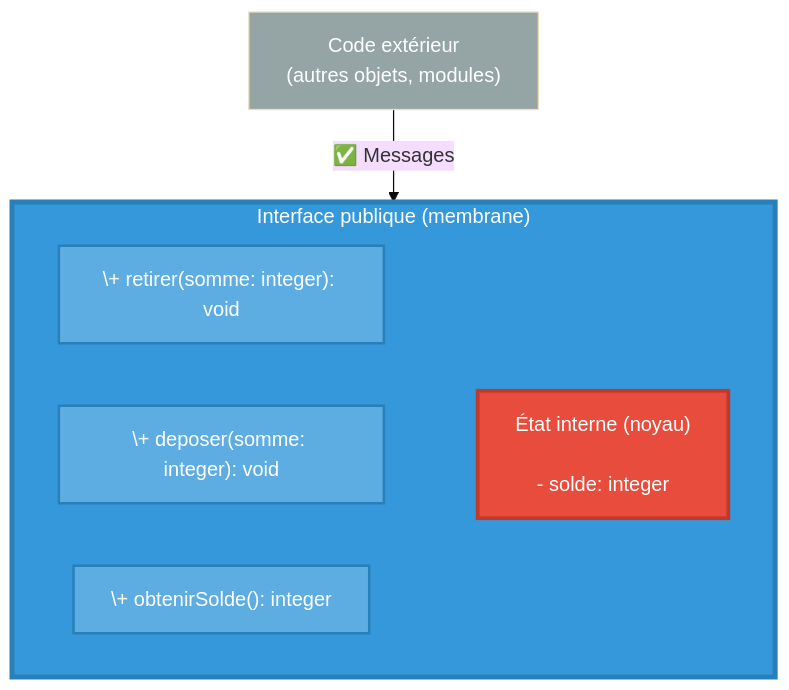
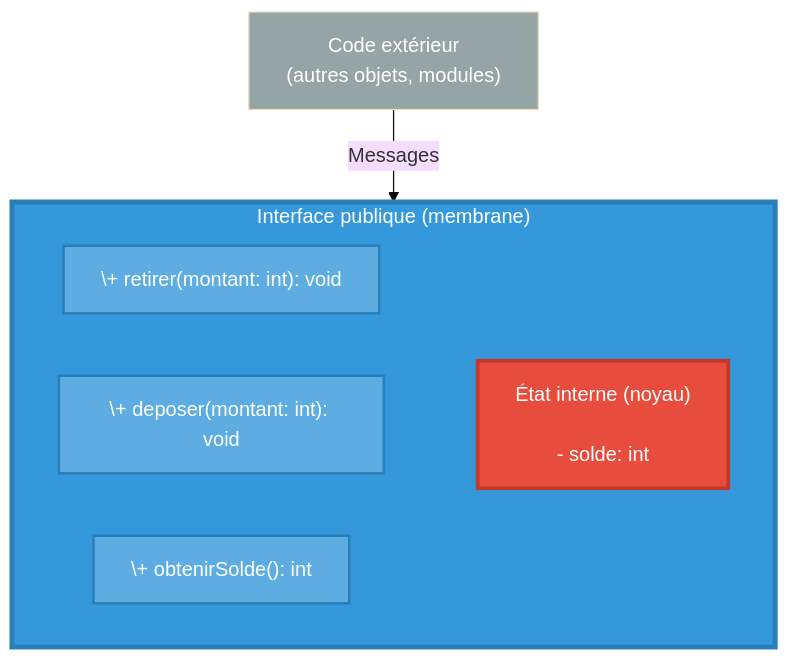
Before and after one commit to AlexDmr/l3m-2026-2027-apo: the diagram in Cours/BasesPOO/pourquoi-des-objets.md, drawn with Mermaid (base theme). The commit also changed other lines of this file, not shown here.

Commit message:
update Cours/BasesPOO/pourquoi-des-objets.md from ptf-ens

````diff
--- a/Cours/BasesPOO/pourquoi-des-objets.md
+++ b/Cours/BasesPOO/pourquoi-des-objets.md
@@ -59,25 +61,25 @@
 ```mermaid
 graph TB
     EXT["Code extérieur<br/>(autres objets, modules)"]
     
     subgraph MEMBRANE["Interface publique (membrane)"]
-        M1["\+ retirer(somme: integer): void"]
-        M2["\+ deposer(somme: integer): void"]
-        M3["\+ obtenirSolde(): integer"]
+        M1["\+ retirer(montant: int): void"]
+        M2["\+ deposer(montant: int): void"]
+        M3["\+ obtenirSolde(): int"]
         
-        NOYAU["État interne (noyau)<br/><br/>- solde: integer<br/>"]
+        NOYAU["État interne (noyau)<br/><br/>- solde: int<br/>"]
         
         M1 ~~~ NOYAU
         M2 ~~~ NOYAU
         M3 ~~~ NOYAU
     end
     
-    EXT -->|"✅ Messages"| MEMBRANE
+    EXT -->|"Messages"| MEMBRANE
     
     style MEMBRANE fill:#3498db,stroke:#2980b9,stroke-width:4px,color:#fff
     style NOYAU fill:#e74c3c,stroke:#c0392b,stroke-width:3px,color:#fff
     style M1 fill:#5dade2,stroke:#2980b9,stroke-width:2px,color:#fff
     style M2 fill:#5dade2,stroke:#2980b9,stroke-width:2px,color:#fff
     style M3 fill:#5dade2,stroke:#2980b9,stroke-width:2px,color:#fff
     style EXT fill:#95a5a6,color:#fff
 ```
````
